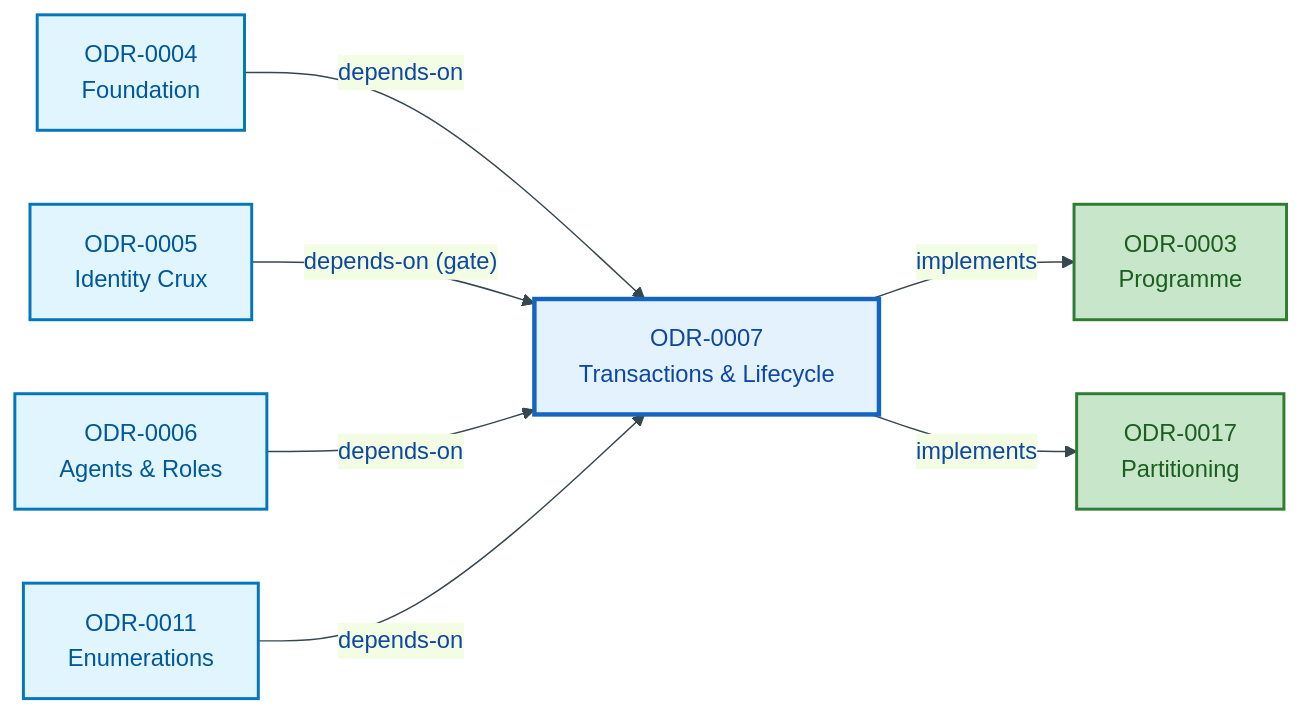
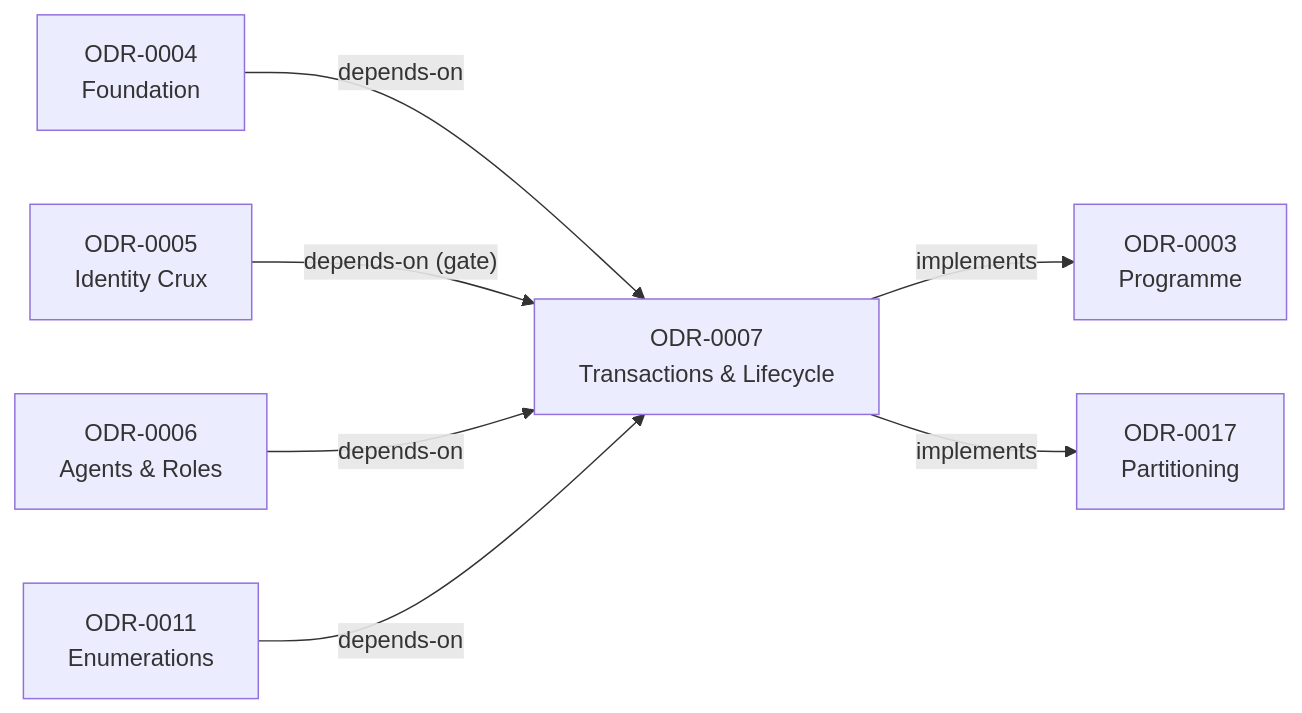
One commit to sparkling/opda changed the fourth of 4 diagrams in docs/ontology/odr/ODR-0007-transactions-and-lifecycle.md. Above: the diagram before and after it, drawn with Mermaid. The commit also changed other lines of this file and 25 other files, not shown here.

````diff
--- a/docs/ontology/odr/ODR-0007-transactions-and-lifecycle.md
+++ b/docs/ontology/odr/ODR-0007-transactions-and-lifecycle.md
@@ -171,25 +164,21 @@
 ```mermaid
-%%{init:{"theme":"base","themeVariables":{"primaryColor":"#E3F2FD","primaryTextColor":"#0D47A1","primaryBorderColor":"#1565C0","lineColor":"#37474F"}}}%%
 flowchart LR
     accTitle: ODR-0007 dependency graph
     accDescr: Directed graph of depends-on and implements relationships declared in the ODR-0007 frontmatter.
 
-    classDef process fill:#E1F5FE,stroke:#0277BD,stroke-width:2px,color:#01579B
-    classDef output fill:#C8E6C9,stroke:#2E7D32,stroke-width:2px,color:#1B5E20
-    classDef focal fill:#E3F2FD,stroke:#1565C0,stroke-width:3px,color:#0D47A1
 
     ODR0004["ODR-0004<br/>Foundation"]:::process
     ODR0005["ODR-0005<br/>Identity Crux"]:::process
     ODR0006["ODR-0006<br/>Agents &amp; Roles"]:::process
     ODR0011["ODR-0011<br/>Enumerations"]:::process
-    ODR0003["ODR-0003<br/>Programme"]:::output
-    ODR0017["ODR-0017<br/>Partitioning"]:::output
-    ODR0007["ODR-0007<br/>Transactions &amp; Lifecycle"]:::focal
+    ODR0003["ODR-0003<br/>Programme"]:::success
+    ODR0017["ODR-0017<br/>Partitioning"]:::success
+    ODR0007["ODR-0007<br/>Transactions &amp; Lifecycle"]:::infra
 
     ODR0004 -->|"depends-on"| ODR0007
     ODR0005 -->|"depends-on (gate)"| ODR0007
     ODR0006 -->|"depends-on"| ODR0007
     ODR0011 -->|"depends-on"| ODR0007
     ODR0007 -->|"implements"| ODR0003
     ODR0007 -->|"implements"| ODR0017
 ```
````
